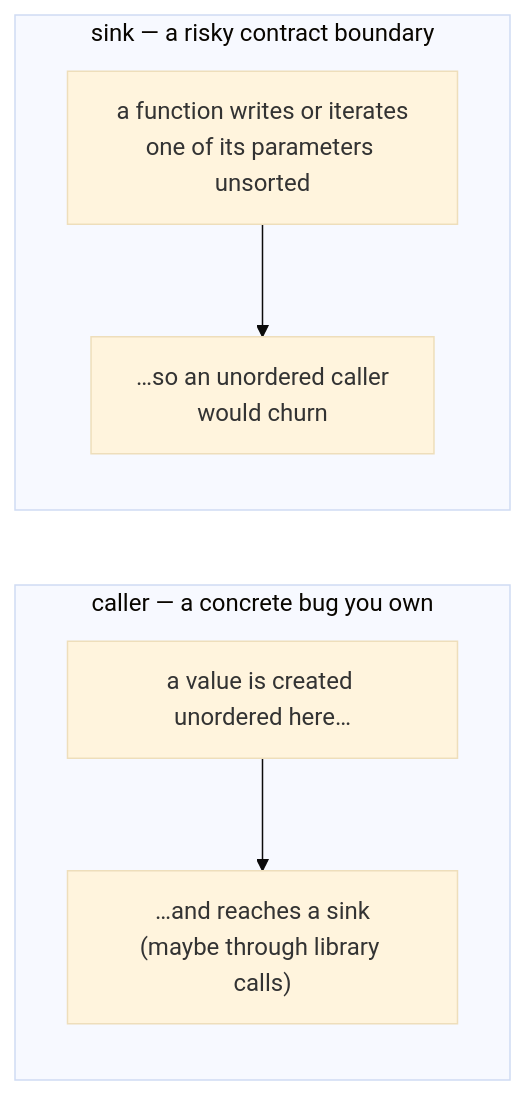
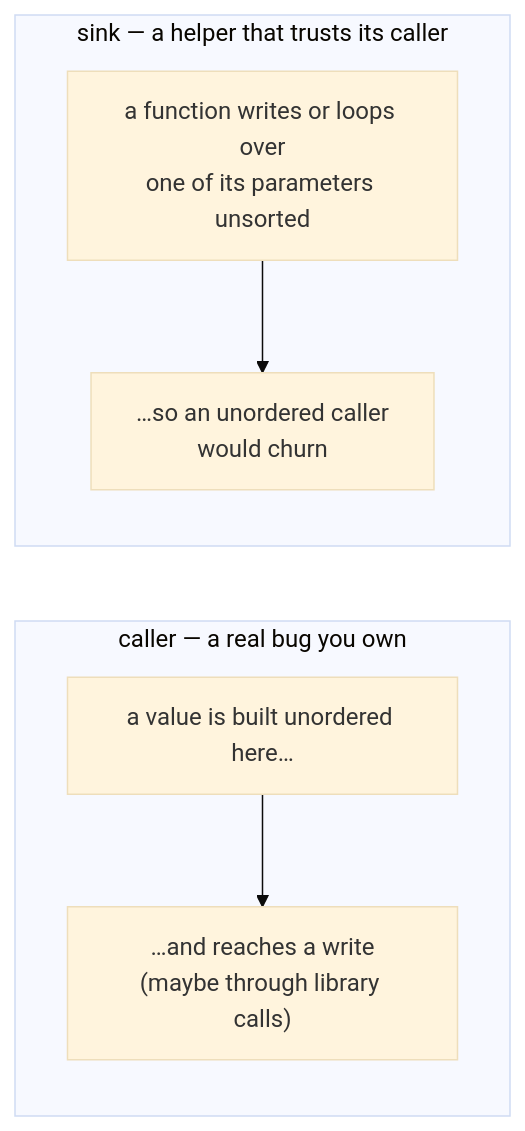
One commit to michaeldmitry/flaplint changed the diagram in docs/sinks-and-findings.md. Above: the diagram before and after it, drawn with Mermaid (base theme). The commit also changed other lines of this file and 12 other files, not shown here.

````diff
--- a/docs/sinks-and-findings.md
+++ b/docs/sinks-and-findings.md
@@ -104,9 +105,9 @@
 ```mermaid
 flowchart LR
-    subgraph caller["caller — a concrete bug you own"]
-        CA["a value is created unordered here…"] --> CB["…and reaches a sink<br/>(maybe through library calls)"]
+    subgraph caller["caller — a real bug you own"]
+        CA["a value is built unordered here…"] --> CB["…and reaches a write<br/>(maybe through library calls)"]
     end
-    subgraph sinkk["sink — a risky contract boundary"]
-        SA["a function writes or iterates<br/>one of its parameters unsorted"] --> SB["…so an unordered caller<br/>would churn"]
+    subgraph sinkk["sink — a helper that trusts its caller"]
+        SA["a function writes or loops over<br/>one of its parameters unsorted"] --> SB["…so an unordered caller<br/>would churn"]
     end
 ```
````
